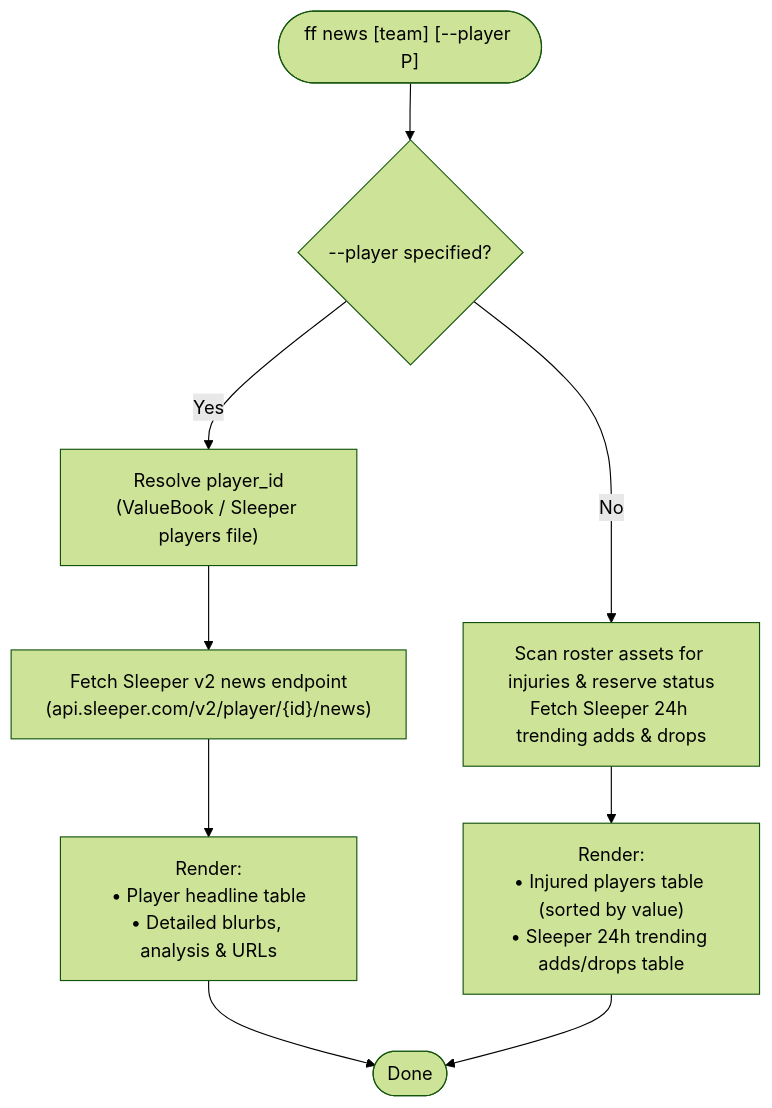
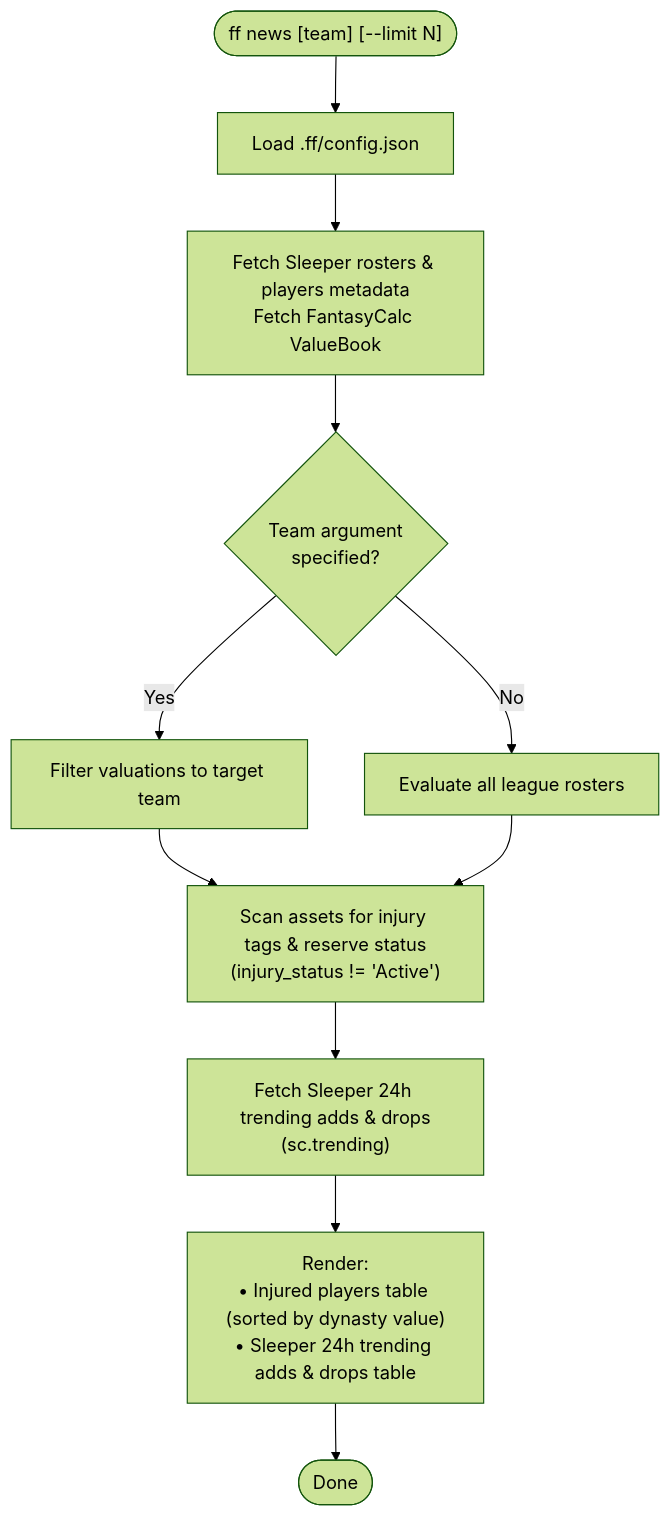
Diagram 12 of 16 in README.md (savvides/ff), drawn with Mermaid (forest theme) before and after one commit. The commit also changed other lines of this file, not shown here.

Commit message:
docs: address code review findings for news options, config set-llm, and version diagram

````diff
--- a/README.md
+++ b/README.md
@@ -309,11 +313,12 @@
 ```mermaid
 flowchart TD
-    Start(["ff news [team] [--player P]"]) --> CheckMode{"--player specified?"}
-    CheckMode -- "Yes" --> ResolvePID["Resolve player_id\n(ValueBook / Sleeper players file)"]
-    ResolvePID --> FetchNews["Fetch Sleeper v2 news endpoint\n(api.sleeper.com/v2/player/{id}/news)"]
-    FetchNews --> RenderNews["Render:\n• Player headline table\n• Detailed blurbs, analysis & URLs"]
-    
-    CheckMode -- "No" --> ScanInjuries["Scan roster assets for injuries & reserve status\nFetch Sleeper 24h trending adds & drops"]
-    ScanInjuries --> RenderSweep["Render:\n• Injured players table (sorted by value)\n• Sleeper 24h trending adds/drops table"]
-    RenderNews & RenderSweep --> Done(["Done"])
+    Start(["ff news [team] [--limit N]"]) --> LoadConfig["Load .ff/config.json"]
+    LoadConfig --> FetchData["Fetch Sleeper rosters & players metadata\nFetch FantasyCalc ValueBook"]
+    FetchData --> FilterTeam{"Team argument\nspecified?"}
+    FilterTeam -- "Yes" --> PickTeam["Filter valuations to target team"]
+    FilterTeam -- "No" --> AllTeams["Evaluate all league rosters"]
+    PickTeam & AllTeams --> ScanInjuries["Scan assets for injury tags & reserve status\n(injury_status != 'Active')"]
+    ScanInjuries --> FetchTrending["Fetch Sleeper 24h trending adds & drops\n(sc.trending)"]
+    FetchTrending --> Render["Render:\n• Injured players table (sorted by dynasty value)\n• Sleeper 24h trending adds & drops table"]
+    Render --> Done(["Done"])
 ```
````
